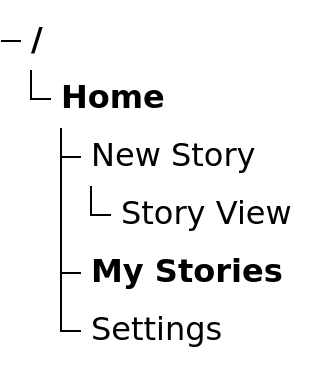
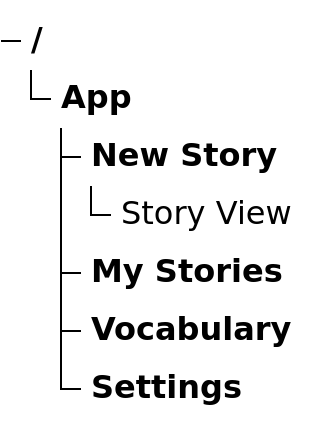
One commit to pomodorozhong/extensive-reading-assistant changed the diagram in doc/mvp-spec-v0.2.md. Above: the diagram before and after it, drawn with Mermaid. The commit also changed other lines of this file and 12 other files, not shown here.

````diff
--- a/doc/mvp-spec-v0.2.md
+++ b/doc/mvp-spec-v0.2.md
@@ -37,8 +38,9 @@
 ```mermaid
 treeView-beta
-Home/
-    New Story
+App/
+    New Story/
         Story View
     My Stories/
-    Settings
+    Vocabulary/
+    Settings/
 ```
````
